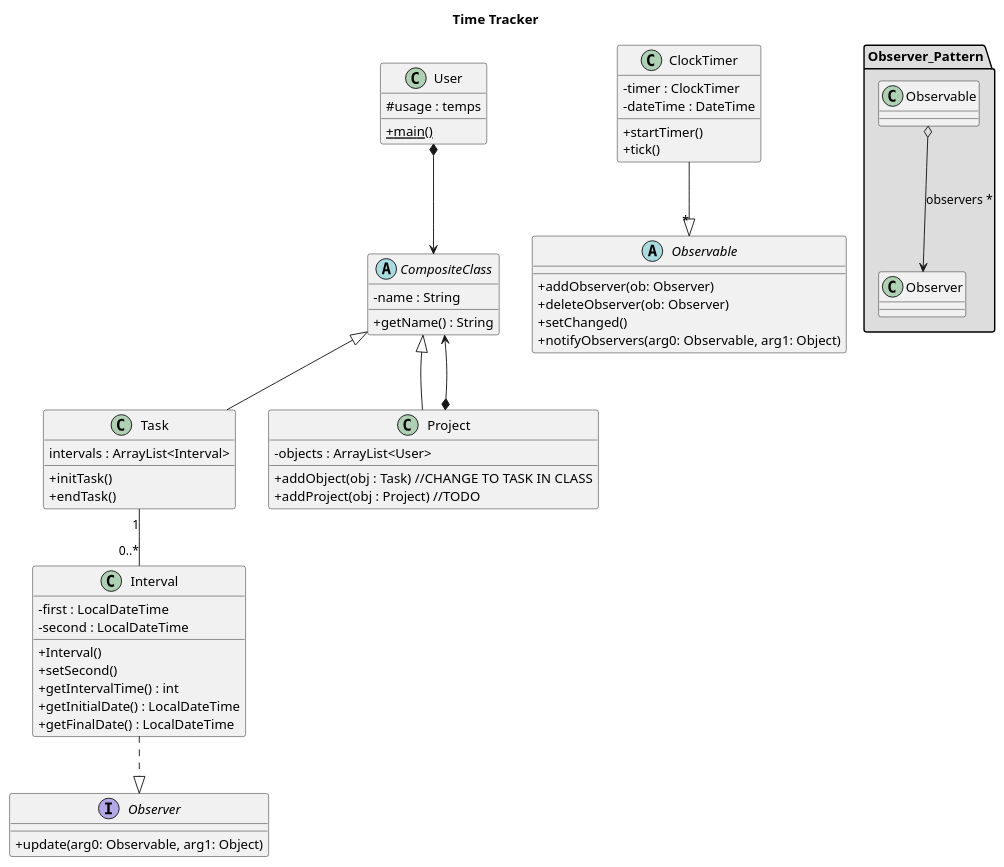
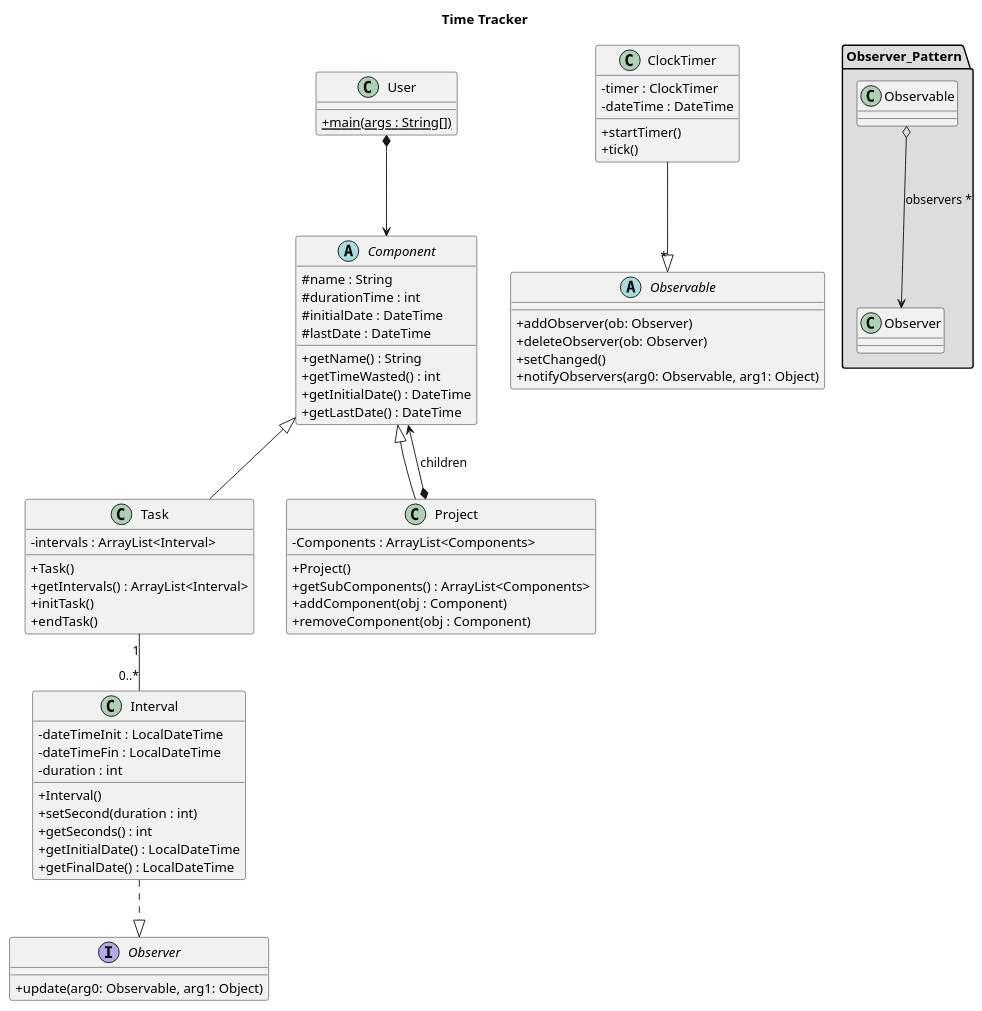
One commit to joaquimcodina/TimeTracker changed the diagram in diagram/classDiagramV2.puml. Above: the diagram before and after it, drawn with PlantUML. The commit also changed 3 other files, not shown here.

Commit message:
Class Diagram V4

```diff
--- a/diagram/classDiagramV2.puml
+++ b/diagram/classDiagramV2.puml
@@ -1,70 +1,78 @@
 @startuml
 skinparam classAttributeIconSize 0
 
 title "Time Tracker"
 
 class User {
-# usage : temps
-+{static} main()
++{static} main(args : String[])
 }
 
-class Task extends CompositeClass{
- intervals : ArrayList<Interval>
-
+class Task extends Component{
+- intervals : ArrayList<Interval>
++ Task()
++ getIntervals() : ArrayList<Interval>
 + initTask()
 + endTask()
 }
 
-class Project extends CompositeClass {
-- objects : ArrayList<User>
-+ addObject(obj : Task) //CHANGE TO TASK IN CLASS
-+ addProject(obj : Project) //TODO
+class Project extends Component {
+- Components : ArrayList<Components>
++ Project()
++ getSubComponents() : ArrayList<Components>
++ addComponent(obj : Component)
++ removeComponent(obj : Component)
 }
 
 package "Observer_Pattern" #DDDDDD{
     Observable o--> Observer : observers *
 }
 
 abstract class Observable{
 + addObserver(ob: Observer)
 + deleteObserver(ob: Observer)
 +setChanged()
 +notifyObservers(arg0: Observable, arg1: Object)
 }
 
 interface Observer{
 +update(arg0: Observable, arg1: Object)
 }
 
 class ClockTimer{
 - timer : ClockTimer
 - dateTime : DateTime
 + startTimer()
 + tick()
 }
 
-abstract class CompositeClass{
-- name : String
+abstract class Component{
+# name : String
+# durationTime : int
+# initialDate : DateTime
+# lastDate : DateTime
 + getName() : String
++ getTimeWasted() : int
++ getInitialDate() : DateTime
++ getLastDate() : DateTime
 }
 
 class Interval {
-- first : LocalDateTime
-- second : LocalDateTime
-
+- dateTimeInit : LocalDateTime
+- dateTimeFin : LocalDateTime
+- duration : int
 + Interval()
-+ setSecond()
-+ getIntervalTime() : int
++ setSecond(duration : int)
++ getSeconds() : int
 + getInitialDate() : LocalDateTime
 + getFinalDate() : LocalDateTime
 }
 
 
-User *--> CompositeClass
+User *--> Component
 'Project "1"-left-"0..*" Project
-CompositeClass <--* Project
+Component <--* Project : "children"
 Task "1"--"0..*" Interval
 ClockTimer --|> "*" Observable
 Interval ..|> Observer
 
 @enduml
```
